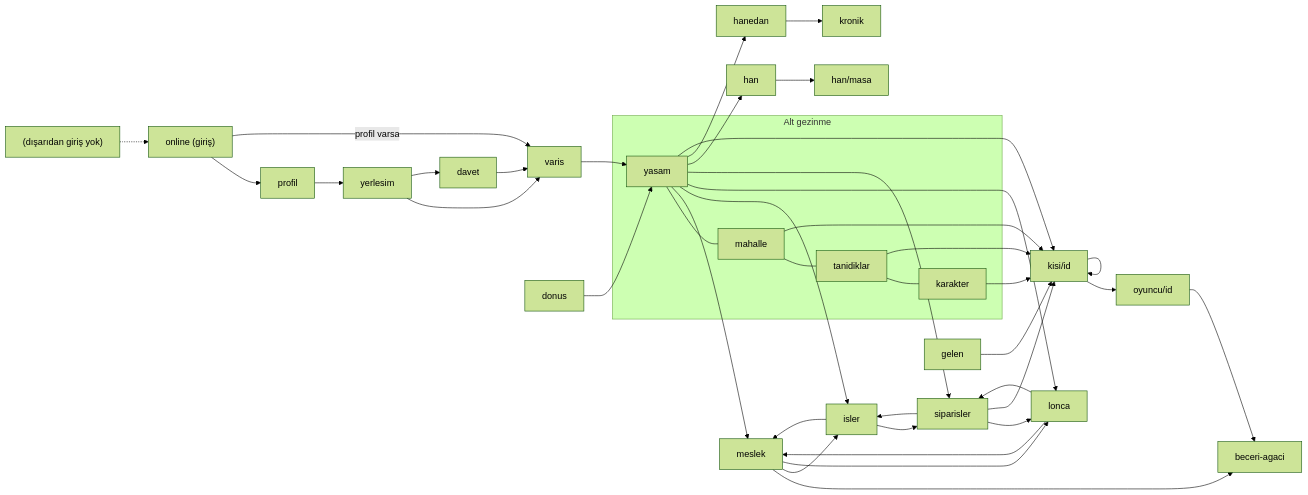
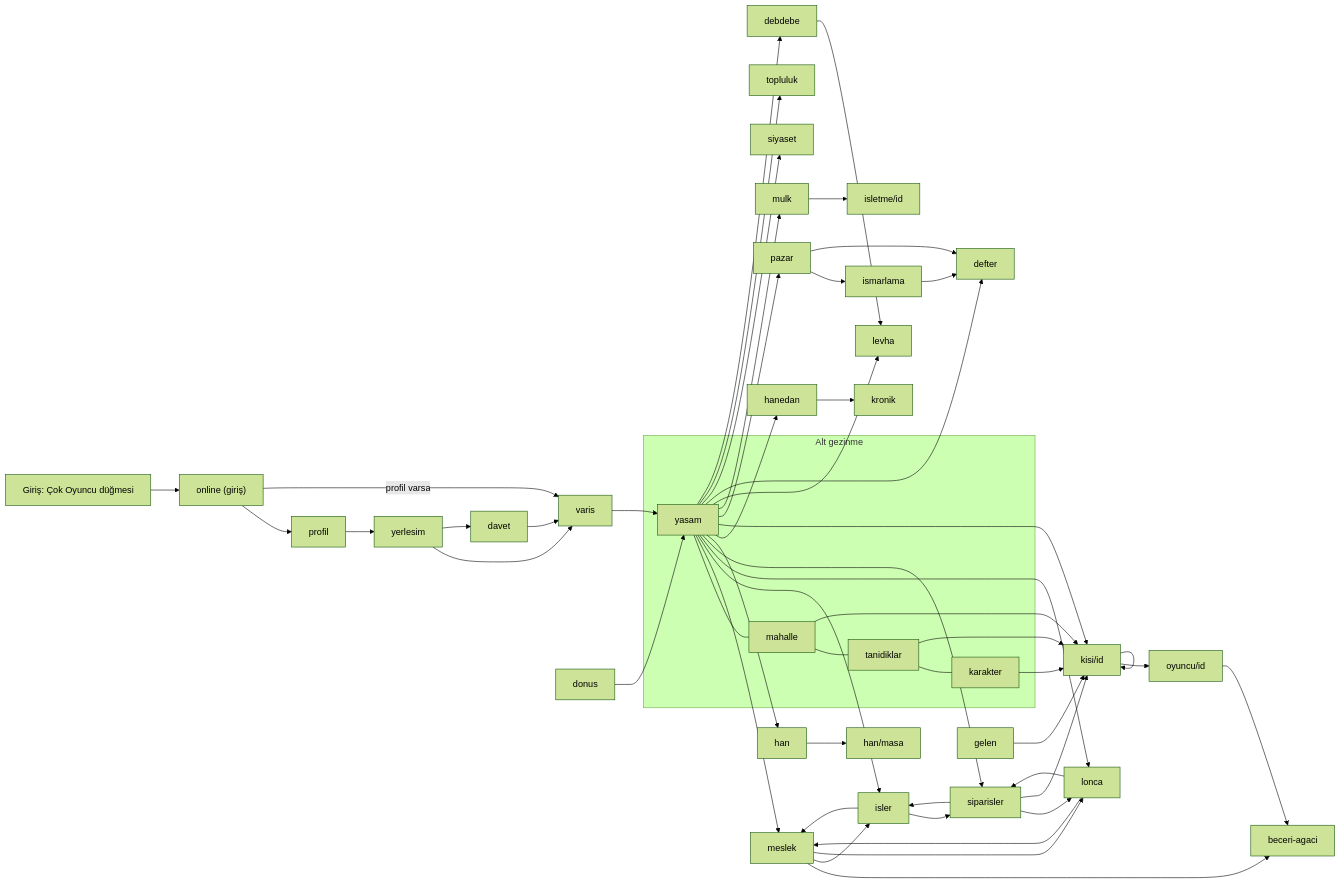
Before and after one commit to Tayma96/kroniklerorj: the third of 5 diagrams in EKRAN_HARITASI.md, drawn with Mermaid (forest theme). The commit also changed other lines of this file and 1 other file, not shown here.

````diff
--- a/EKRAN_HARITASI.md
+++ b/EKRAN_HARITASI.md
@@ -253,21 +240,24 @@
 ```mermaid
 flowchart LR
-  X["(dışarıdan giriş yok)"] -.-> OG["online (giriş)"]
+  X["Giriş: Çok Oyuncu düğmesi"] --> OG["online (giriş)"]
   OG --> OP["profil"] --> OY["yerlesim"] --> OV["varis"] --> YS["yasam"]
   OY --> OD["davet"] --> OV
   OG -->|"profil varsa"| OV
   DON["donus"] --> YS
 
   subgraph ONAV["Alt gezinme"]
     YS; OM["mahalle"]; OT["tanidiklar"]; OK["karakter"]
   end
   YS --- OM --- OT --- OK
 
   YS --> MS["meslek"]; YS --> IS["isler"]; YS --> LN["lonca"]; YS --> SP["siparisler"]
   YS --> HAN["han"]; YS --> HND["hanedan"]; YS --> KI["kisi/id"]
   MS --> BA["beceri-agaci"]; MS --> IS; MS --> LN
   IS --> SP; IS --> MS; LN --> SP; LN --> MS; SP --> IS; SP --> LN; SP --> KI
   HAN --> MASA["han/masa"]; HND --> KRO["kronik"]
   OM --> KI; OT --> KI; OK --> KI; KI --> KI; KI --> OYU["oyuncu/id"]; OYU --> BA
   GEL["gelen"] --> KI
+  YS --> PZ["pazar"]; YS --> MLK["mulk"]; YS --> LVH["levha"]; YS --> DFT["defter"]
+  YS --> SYS["siyaset"]; YS --> TPL["topluluk"]; YS --> DBD["debdebe"]
+  PZ --> ISM["ismarlama"]; PZ --> DFT; ISM --> DFT; MLK --> ISL["isletme/id"]; DBD --> LVH
 ```
````
